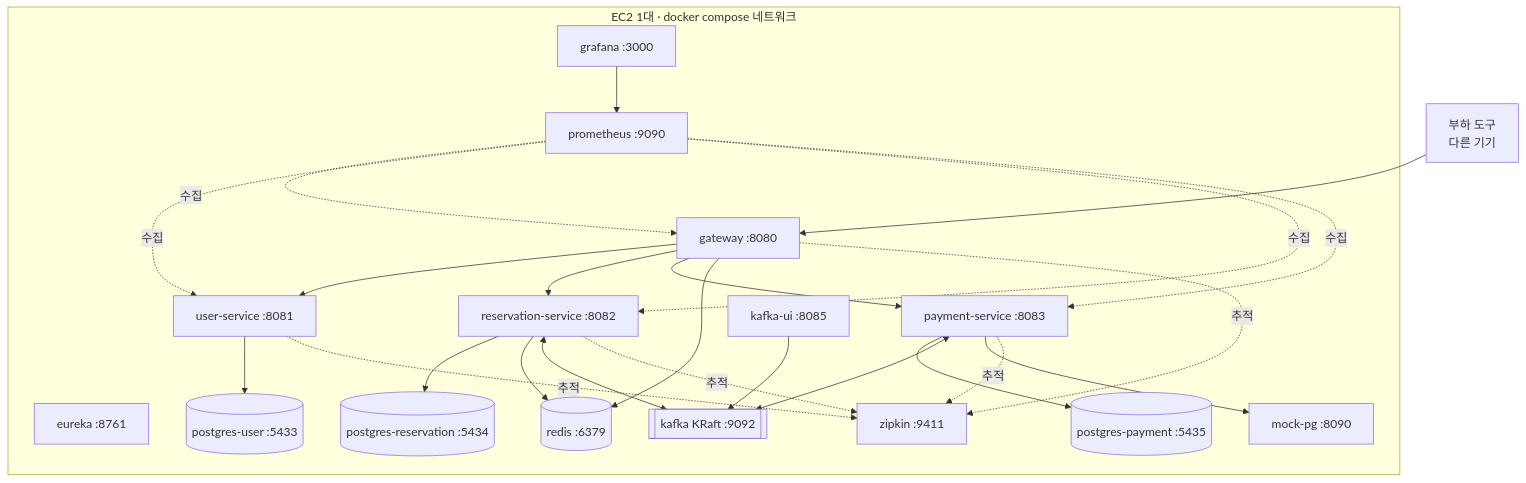
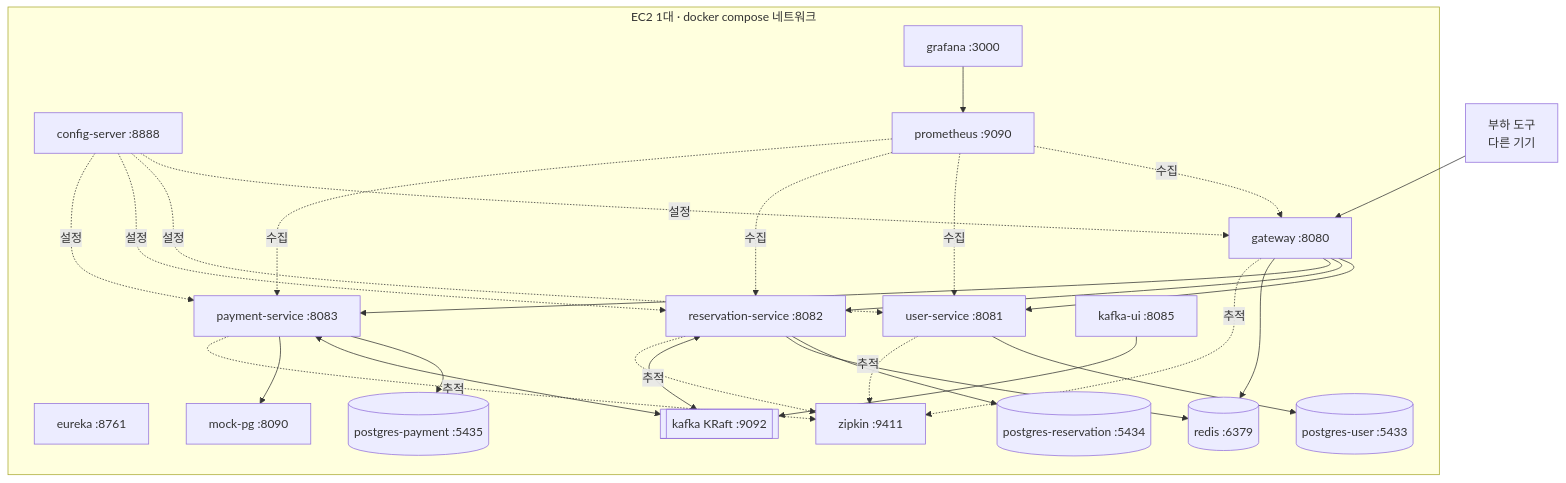
The fourth of 6 diagrams in docs/core/SA MASTER.md (iseonjwa/high-quality-ticketing-system), drawn with Mermaid before and after one commit. The commit also changed other lines of this file and 3 other files, not shown here.

````diff
--- a/docs/core/SA MASTER.md
+++ b/docs/core/SA MASTER.md
@@ -590,34 +590,36 @@
 ```mermaid
 flowchart TB
   LT[부하 도구<br/>다른 기기] --> GW
   subgraph EC2[EC2 1대 · docker compose 네트워크]
     GW[gateway :8080]
     EU[eureka :8761]
+    CFG[config-server :8888]
     US[user-service :8081]
     RS[reservation-service :8082]
     PS[payment-service :8083]
     MPG[mock-pg :8090]
     UDB[(postgres-user :5433)]
     RDB[(postgres-reservation :5434)]
     PDB[(postgres-payment :5435)]
     RD[(redis :6379)]
     KF[[kafka KRaft :9092]]
     KUI[kafka-ui :8085]
     PR[prometheus :9090]
     GR[grafana :3000]
     ZP[zipkin :9411]
   end
   GW --> US & RS & PS
   US --> UDB
   RS --> RDB
   PS --> PDB
   GW --> RD
   RS --> RD
   RS <--> KF
   PS <--> KF
   PS --> MPG
   KUI --> KF
   PR -.수집.-> GW & US & RS & PS
   GR --> PR
   GW & US & RS & PS -.추적.-> ZP
+  CFG -.설정.-> GW & US & RS & PS
 ```
````
